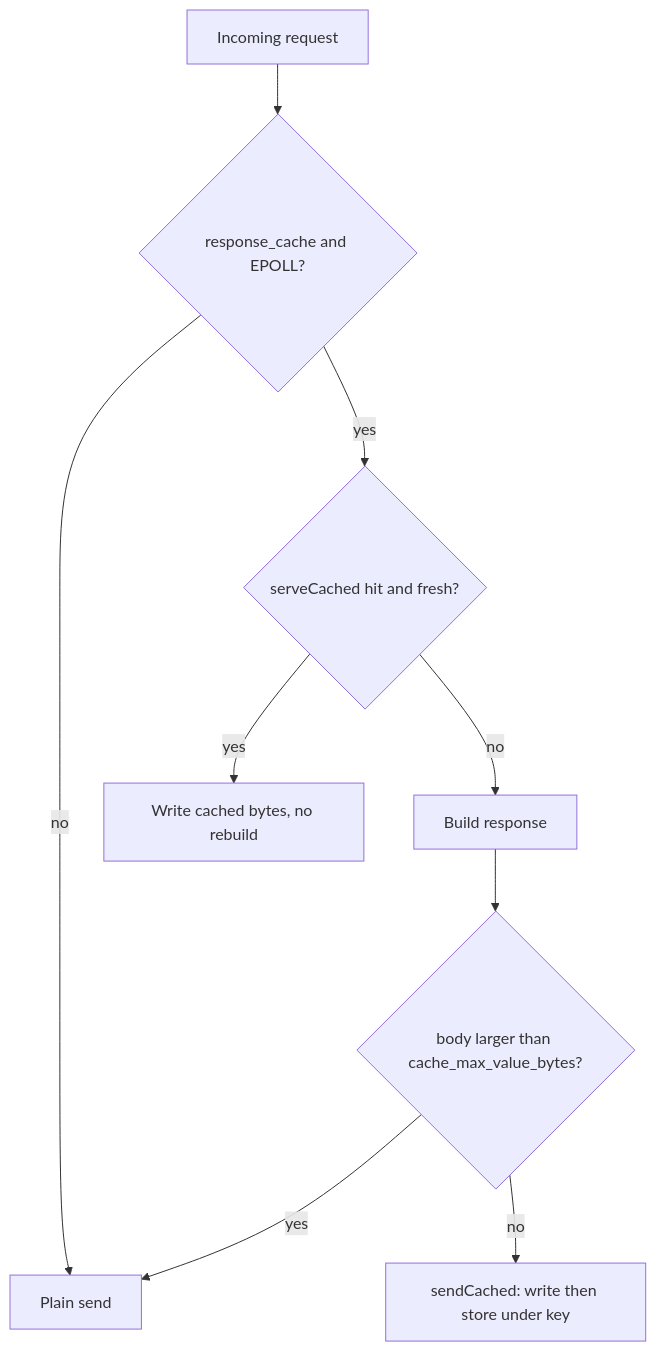
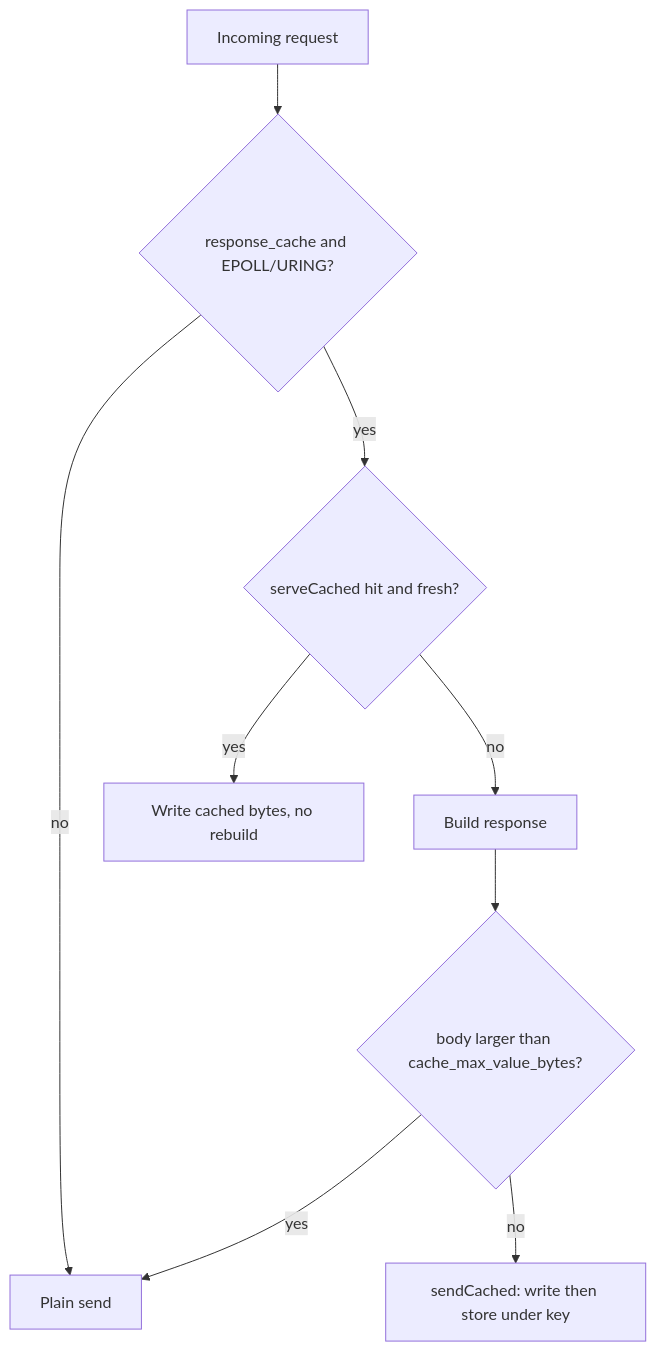
One commit to prothegee/zix changed the diagram in README-en.md. Above: the diagram before and after it, drawn with Mermaid. The commit also changed other lines of this file, not shown here.

````diff
--- a/README-en.md
+++ b/README-en.md
@@ -1213,11 +1214,11 @@
 ```mermaid
 flowchart TD
-    A[Incoming request] --> B{response_cache and EPOLL?}
+    A[Incoming request] --> B{response_cache and EPOLL/URING?}
     B -- no --> P[Plain send]
     B -- yes --> C{serveCached hit and fresh?}
     C -- yes --> W[Write cached bytes, no rebuild]
     C -- no --> D[Build response]
     D --> E{body larger than cache_max_value_bytes?}
     E -- yes --> P
     E -- no --> S[sendCached: write then store under key]
 ```
````
